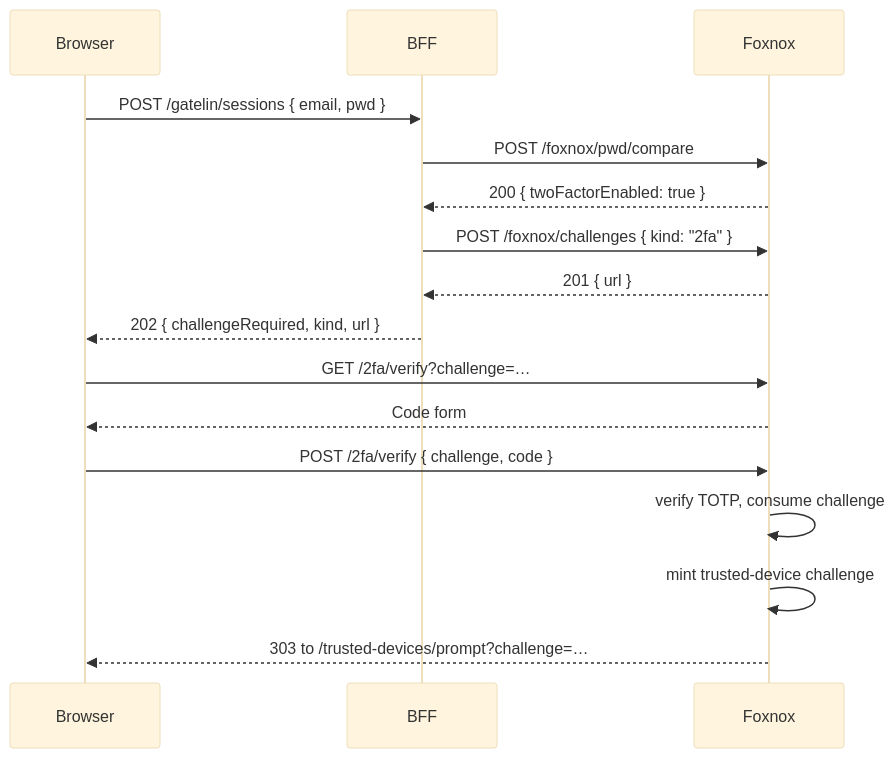
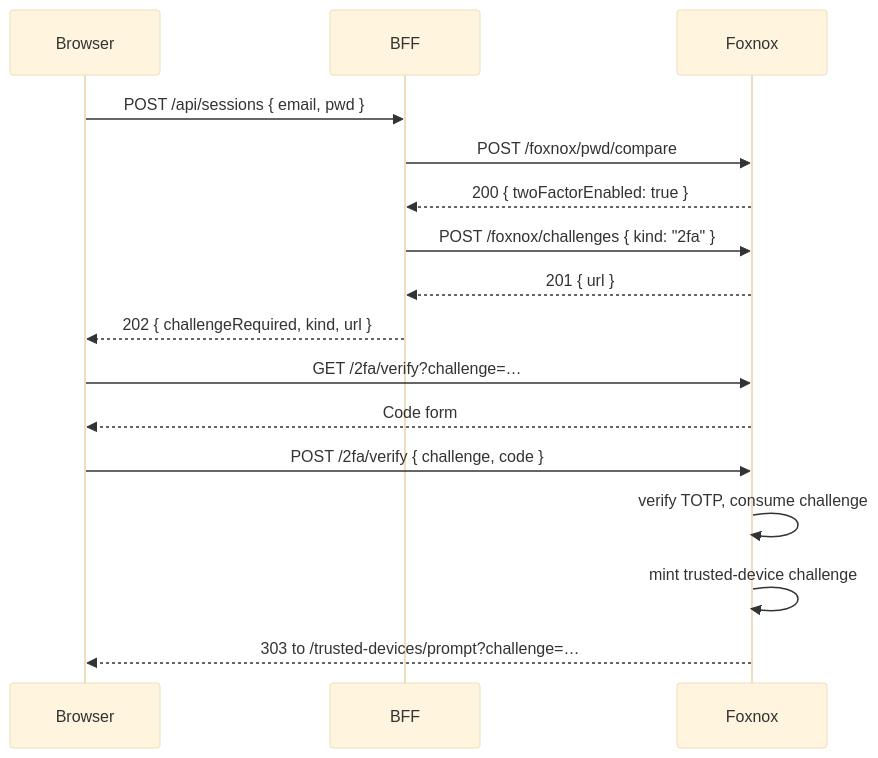
One commit to ALTEN-group/Foxnox changed the diagram in website/docs/guide/workflow-twofa.md. Above: the diagram before and after it, drawn with Mermaid (base theme). The commit also changed 17 other files, not shown here.

````diff
--- a/website/docs/guide/workflow-twofa.md
+++ b/website/docs/guide/workflow-twofa.md
@@ -21,20 +21,20 @@
 ```mermaid
 sequenceDiagram
     participant B as Browser
     participant G as BFF
     participant F as Foxnox
 
-    B->>G: POST /gatelin/sessions { email, pwd }
+    B->>G: POST /api/sessions { email, pwd }
     G->>F: POST /foxnox/pwd/compare
     F-->>G: 200 { twoFactorEnabled: true }
     G->>F: POST /foxnox/challenges { kind: "2fa" }
     F-->>G: 201 { url }
     G-->>B: 202 { challengeRequired, kind, url }
 
     B->>F: GET /2fa/verify?challenge=…
     F-->>B: Code form
     B->>F: POST /2fa/verify { challenge, code }
     F->>F: verify TOTP, consume challenge
     F->>F: mint trusted-device challenge
     F-->>B: 303 to /trusted-devices/prompt?challenge=…
 ```
````
